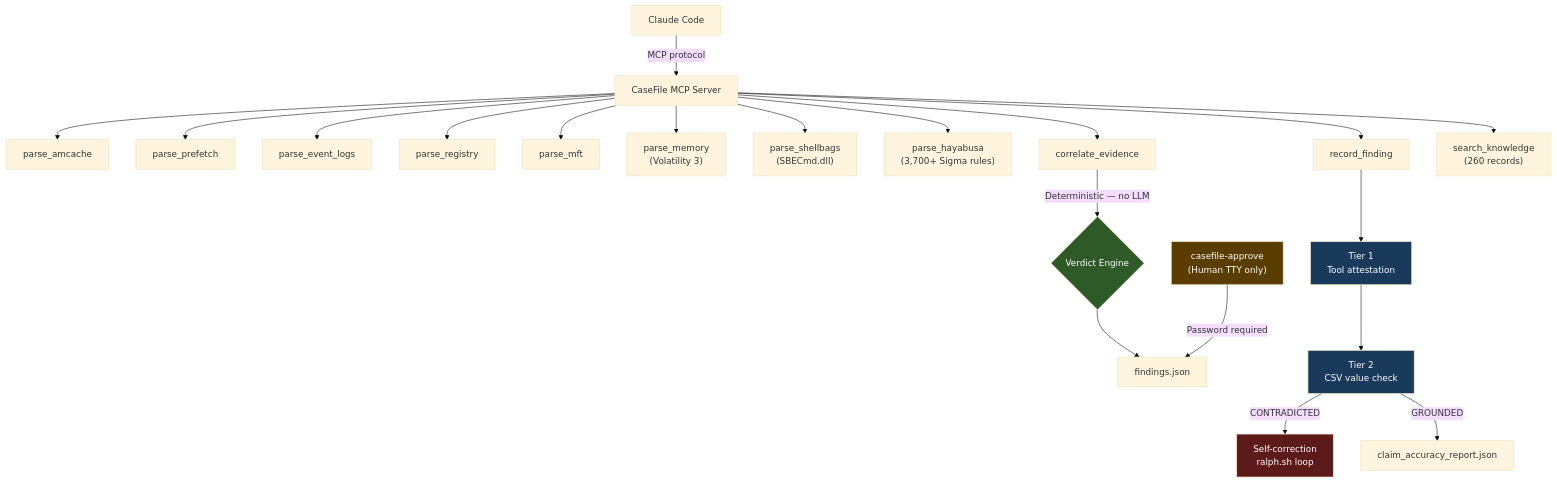
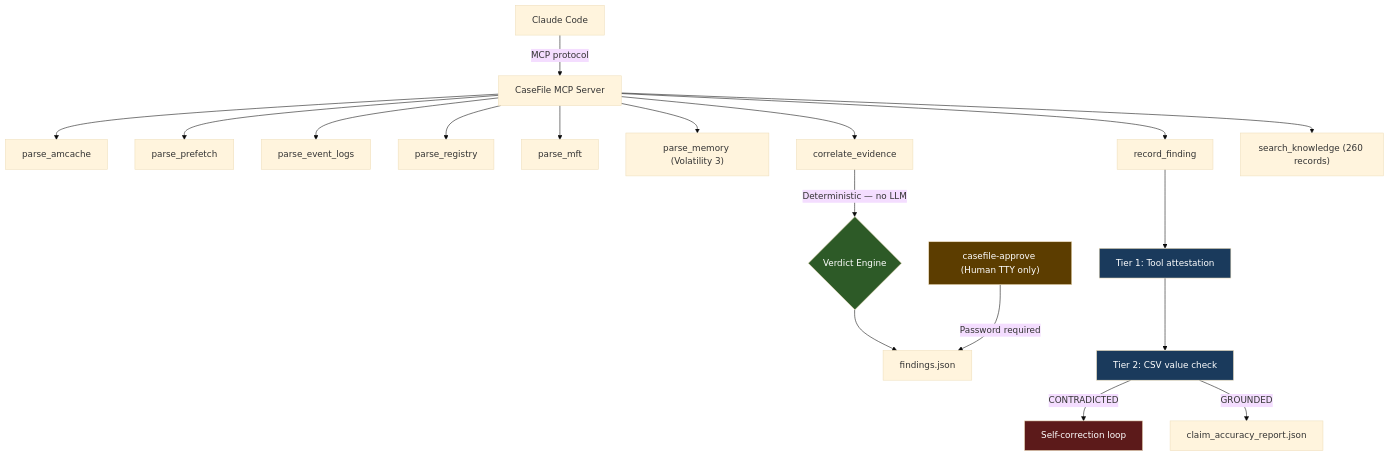
Before and after one commit to nurusyda/casefile: the diagram in README.md, drawn with Mermaid (base theme). The commit also changed other lines of this file and 6 other files, not shown here.

````diff
--- a/README.md
+++ b/README.md
@@ -113,32 +140,25 @@
 ```mermaid
 graph TD
     A[Claude Code] -->|MCP protocol| B[CaseFile MCP Server]
-
     B --> C[parse_amcache]
     B --> D[parse_prefetch]
     B --> E[parse_event_logs]
     B --> F[parse_registry]
     B --> G[parse_mft]
-    B --> H["parse_memory\n(Volatility 3)"]
-    B --> SB["parse_shellbags\n(SBECmd.dll)"]
-    B --> HY["parse_hayabusa\n(3,700+ Sigma rules)"]
+    B --> H["parse_memory (Volatility 3)"]
     B --> I[correlate_evidence]
     B --> J[record_finding]
-    B --> K["search_knowledge\n(260 records)"]
-
+    B --> K["search_knowledge (260 records)"]
     I -->|"Deterministic — no LLM"| L{Verdict Engine}
     L --> M[findings.json]
-
-    J --> N["Tier 1\nTool attestation"]
-    N --> O["Tier 2\nCSV value check"]
-    O -->|CONTRADICTED| P["Self-correction\nralph.sh loop"]
+    J --> N["Tier 1: Tool attestation"]
+    N --> O["Tier 2: CSV value check"]
+    O -->|CONTRADICTED| P["Self-correction loop"]
     O -->|GROUNDED| Q[claim_accuracy_report.json]
-
-    R["casefile-approve\n(Human TTY only)"] -->|Password required| M
-
+    R["casefile-approve (Human TTY only)"] -->|Password required| M
     style L fill:#2d5a27,color:#fff
     style N fill:#1a3a5c,color:#fff
     style O fill:#1a3a5c,color:#fff
     style P fill:#5c1a1a,color:#fff
     style R fill:#5c3d00,color:#fff
 ```
````
